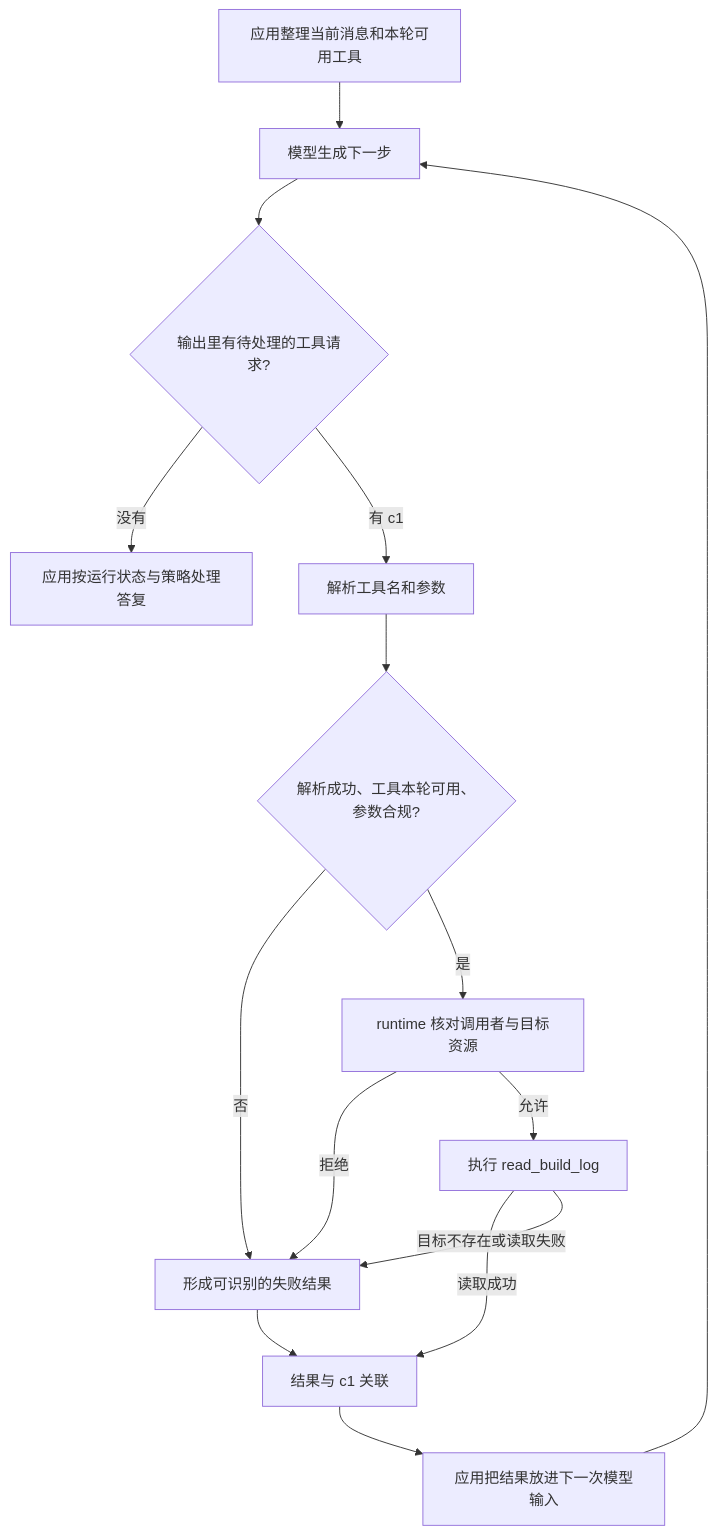
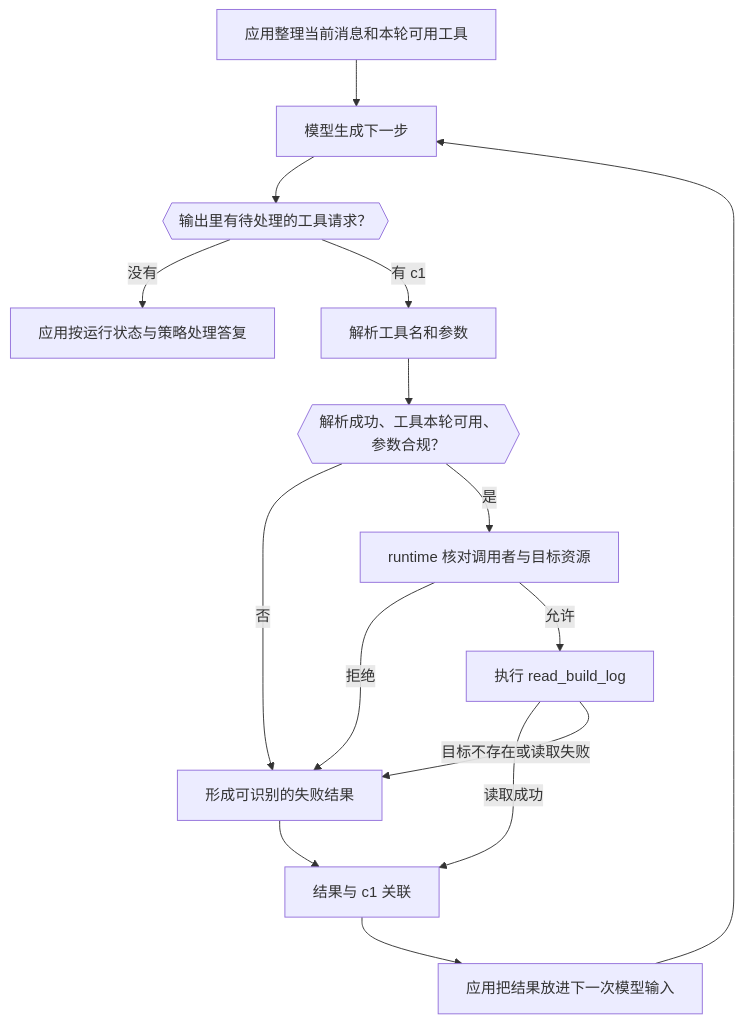
The diagram in ai-engineering/actions/tool-calls-are-requests.md (Negronii/MyNotes), drawn with Mermaid before and after one commit. The commit also changed 220 other files, not shown here.

First line of the commit message:
Replace prose-heavy explanations with figures and fix existing diagrams

```diff
--- a/ai-engineering/actions/tool-calls-are-requests.md
+++ b/ai-engineering/actions/tool-calls-are-requests.md
@@ -9,17 +9,18 @@
 ~~~mermaid
+%%{init: {"flowchart": {"wrappingWidth": 320}}}%%
 flowchart TD
     A[应用整理当前消息和本轮可用工具] --> B[模型生成下一步]
-    B --> C{输出里有待处理的工具请求?}
+    B --> C{{"输出里有待处理的工具请求？"}}
     C -->|没有| G[应用按运行状态与策略处理答复]
     C -->|有 c1| D[解析工具名和参数]
-    D --> E{解析成功、工具本轮可用、参数合规?}
+    D --> E{{"解析成功、工具本轮可用、<br/>参数合规？"}}
     E -->|否| X[形成可识别的失败结果]
     E -->|是| F[runtime 核对调用者与目标资源]
     F -->|拒绝| X
     F -->|允许| H[执行 read_build_log]
     H -->|读取成功| I[结果与 c1 关联]
     H -->|目标不存在或读取失败| X
     X --> I
     I --> J[应用把结果放进下一次模型输入]
     J --> B
 ~~~
```
